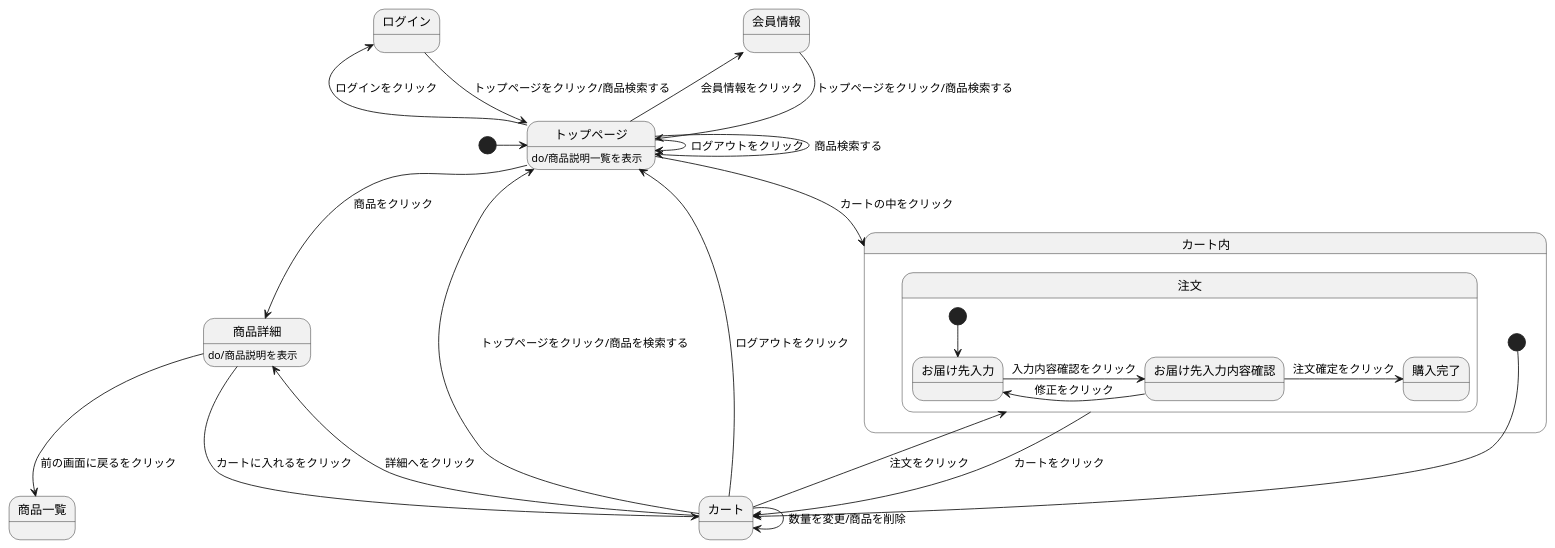
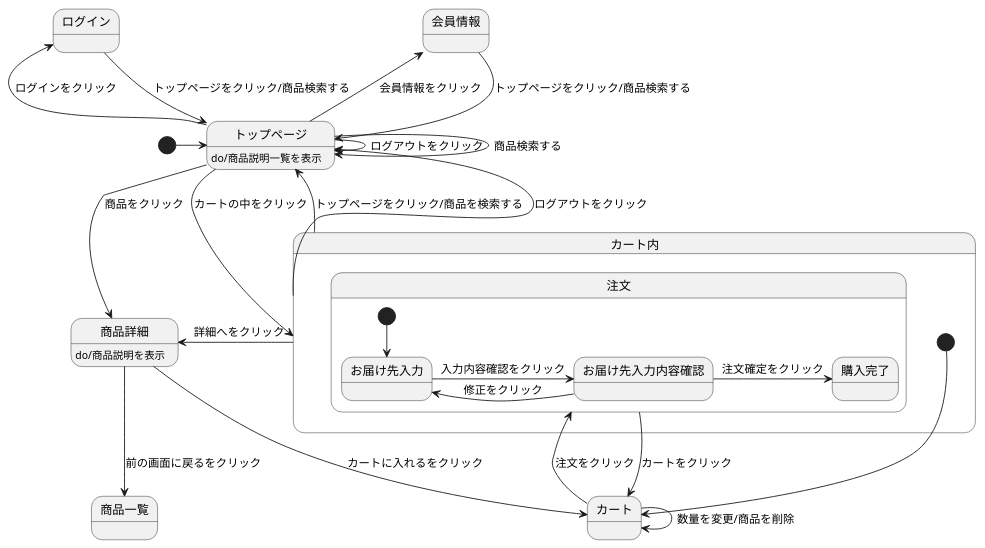
The diagram in stm01.md (Aso2001026/2021sys-design), drawn with PlantUML before and after one commit.

````diff
--- a/stm01.md
+++ b/stm01.md
@@ -1,35 +1,35 @@
 ```uml
 @startuml
 
 [*] -> トップページ
 会員情報 --> トップページ : トップページをクリック/商品検索する
 ログイン --> トップページ : トップページをクリック/商品検索する
 トップページ -> トップページ : ログアウトをクリック
 トップページ -> トップページ : 商品検索する
 トップページ -> 商品詳細 : 商品をクリック
 トップページ -left-> 会員情報 : 会員情報をクリック
 トップページ -left-> ログイン : ログインをクリック
 トップページ --> カート内 : カートの中をクリック
 トップページ:do/商品説明一覧を表示
 商品詳細 --> カート : カートに入れるをクリック
 商品詳細 --> 商品一覧 : 前の画面に戻るをクリック
 商品詳細:do/商品説明を表示
-カート -up-> トップページ : トップページをクリック/商品を検索する
-カート -up-> トップページ : ログアウトをクリック
-カート -> 商品詳細 : 詳細へをクリック
+カート内-up-> トップページ : トップページをクリック/商品を検索する
+カート内 -up-> トップページ : ログアウトをクリック
+カート内 -> 商品詳細 : 詳細へをクリック
 
 state カート内{
 [*] --> カート
 カート -> 注文 : 注文をクリック
 カート -> カート : 数量を変更/商品を削除
 注文 --> カート : カートをクリック
  state 注文{
   [*] --> お届け先入力
   お届け先入力 -> お届け先入力内容確認 : 入力内容確認をクリック
   お届け先入力内容確認 -> お届け先入力 : 修正をクリック
   お届け先入力内容確認 -> 購入完了 : 注文確定をクリック
  }
 }
 @enduml
 
 ```
````
